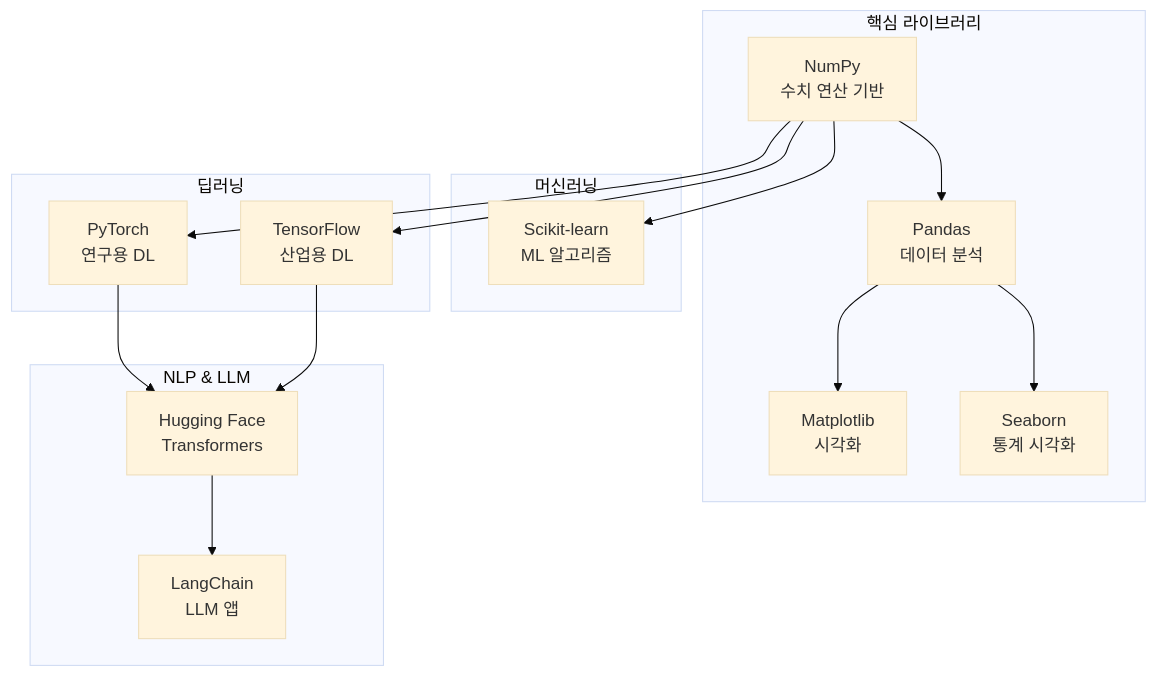
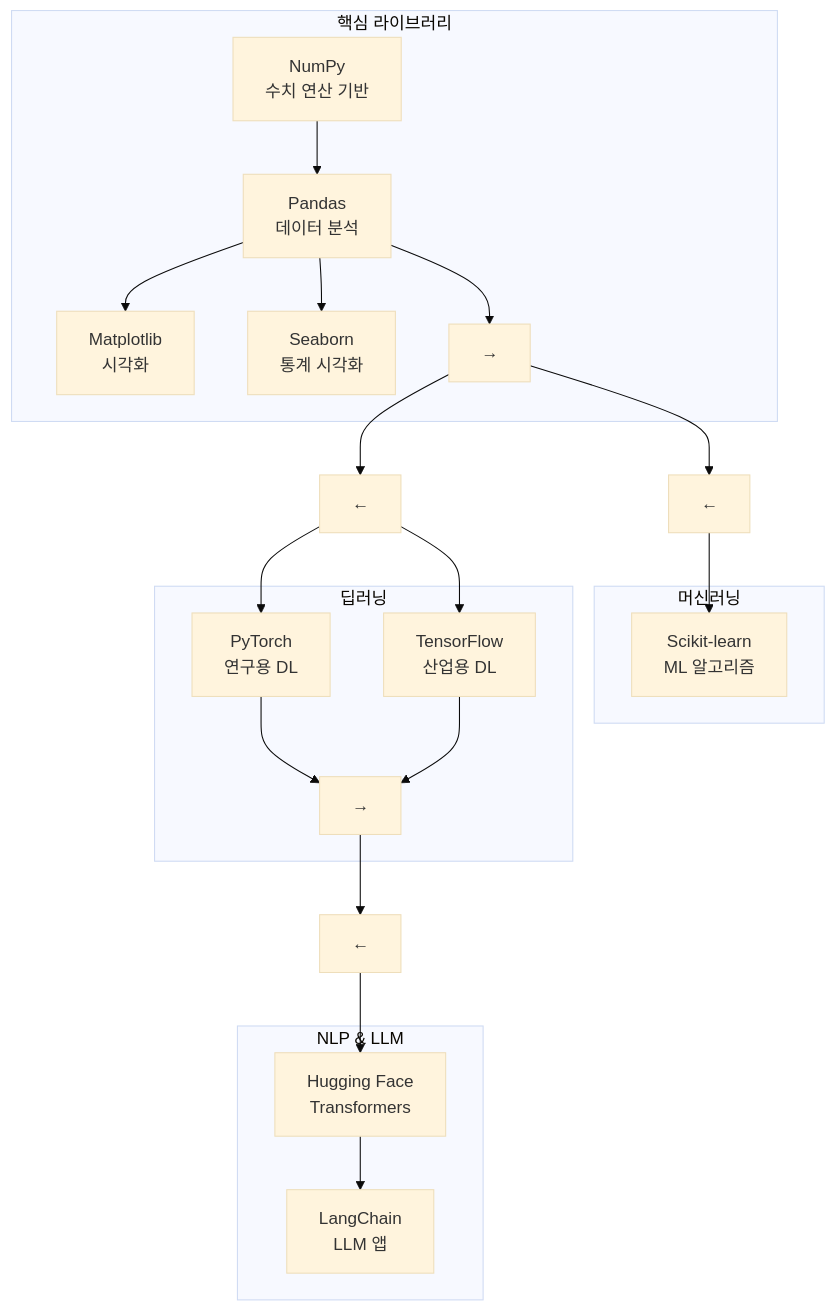
One commit to jingu279/Document changed the fifth of 7 diagrams in ai-programming/01_서론/02_개발_환경.md. Above: the diagram before and after it, drawn with Mermaid (base theme). The commit also changed other lines of this file and 5 other files, not shown here.

First line of the commit message:
Fix all cross-subgraph Mermaid connections + reserved keywords

````diff
--- a/ai-programming/01_서론/02_개발_환경.md
+++ b/ai-programming/01_서론/02_개발_환경.md
@@ -487,33 +488,43 @@
 ```mermaid
 flowchart TB
   subgraph Core[핵심 라이브러리]
     NP["NumPy<br/>수치 연산 기반"]
     PD["Pandas<br/>데이터 분석"]
     MP["Matplotlib<br/>시각화"]
     SB["Seaborn<br/>통계 시각화"]
+    NP --> PD
+    PD --> MP
+    PD --> SB
+    PD --> CoreOut
   end
+  CoreOut["→"]
 
   subgraph ML[머신러닝]
     SK["Scikit-learn<br/>ML 알고리즘"]
   end
+  MLIn["←"]
+  MLIn --> SK
 
   subgraph DL[딥러닝]
     PT["PyTorch<br/>연구용 DL"]
     TF["TensorFlow<br/>산업용 DL"]
+    PT --> DLOut
+    TF --> DLOut
   end
+  DLIn["←"]
+  DLIn --> PT
+  DLIn --> TF
+  DLOut["→"]
 
   subgraph NLP[NLP & LLM]
     HF["Hugging Face<br/>Transformers"]
     LC["LangChain<br/>LLM 앱"]
+    HF --> LC
   end
+  NLPIn["←"]
+  NLPIn --> HF
 
-  NP --> PD
-  NP --> SK
-  NP --> PT
-  NP --> TF
-  PD --> MP
-  PD --> SB
-  PT --> HF
-  TF --> HF
-  HF --> LC
+  CoreOut --> MLIn
+  CoreOut --> DLIn
+  DLOut --> NLPIn
 ```
````
